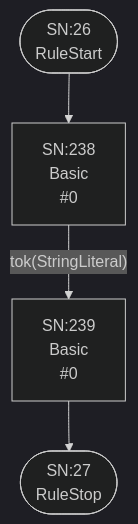
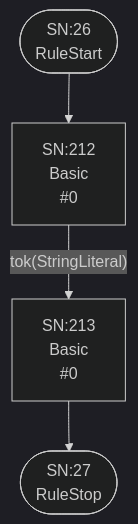
Diagram 14 of 25 in internal/grammar/atn.md (TypeFox/fastbelt), drawn with Mermaid (dark theme) before and after one commit. The commit also changed other lines of this file and 5 other files, not shown here.

````diff
--- a/internal/grammar/atn.md
+++ b/internal/grammar/atn.md
@@ -438,11 +447,11 @@
 ```mermaid
 flowchart TD
     q26(["SN:26<br/>RuleStart"])
     q27(["SN:27<br/>RuleStop"])
-    q238["SN:238<br/>Basic<br/> #0"]
-    q239["SN:239<br/>Basic<br/> #0"]
+    q212["SN:212<br/>Basic<br/> #0"]
+    q213["SN:213<br/>Basic<br/> #0"]
 
-    q26 --> q238
-    q238 -->|"tok(StringLiteral)"| q239
-    q239 --> q27
+    q26 --> q212
+    q212 -->|"tok(StringLiteral)"| q213
+    q213 --> q27
 ```
````
